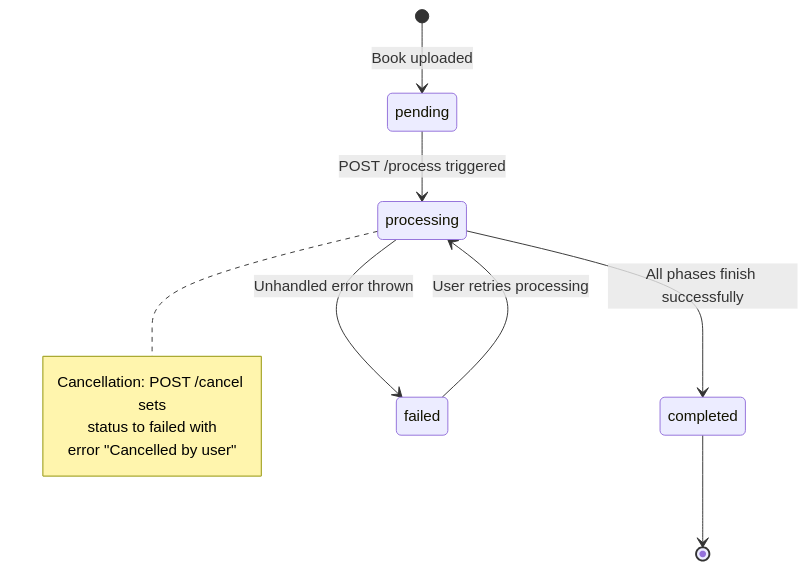
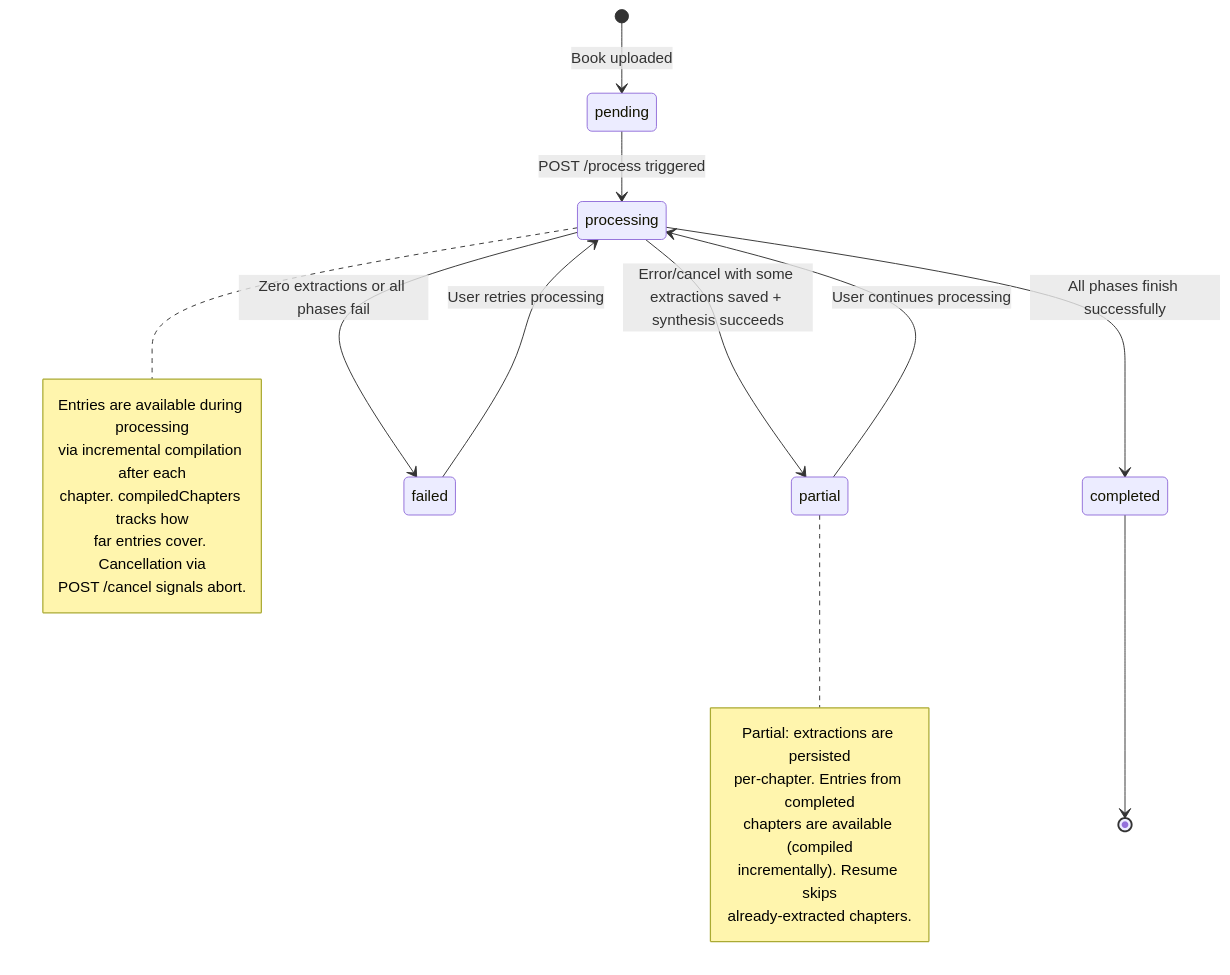
The fourth of 5 diagrams in docs/ARCHITECTURE.md (EricMChavez/chronicle), drawn with Mermaid before and after one commit. The commit also changed other lines of this file and 23 other files, not shown here.

First line of the commit message:
Incremental compilation: make entries available during processing

````diff
--- a/docs/ARCHITECTURE.md
+++ b/docs/ARCHITECTURE.md
@@ -256,19 +271,31 @@
 ```mermaid
 stateDiagram-v2
     [*] --> pending : Book uploaded
 
     pending --> processing : POST /process triggered
 
     processing --> completed : All phases finish successfully
-    processing --> failed : Unhandled error thrown
+    processing --> partial : Error/cancel with some extractions saved + synthesis succeeds
+    processing --> failed : Zero extractions or all phases fail
 
+    partial --> processing : User continues processing
     failed --> processing : User retries processing
 
+    note right of partial
+        Partial: extractions are persisted
+        per-chapter. Entries from completed
+        chapters are available (compiled
+        incrementally). Resume skips
+        already-extracted chapters.
+    end note
+
     note right of processing
-        Cancellation: POST /cancel sets
-        status to failed with
-        error "Cancelled by user"
+        Entries are available during processing
+        via incremental compilation after each
+        chapter. compiledChapters tracks how
+        far entries cover. Cancellation via
+        POST /cancel signals abort.
     end note
 
     completed --> [*]
 ```
````
